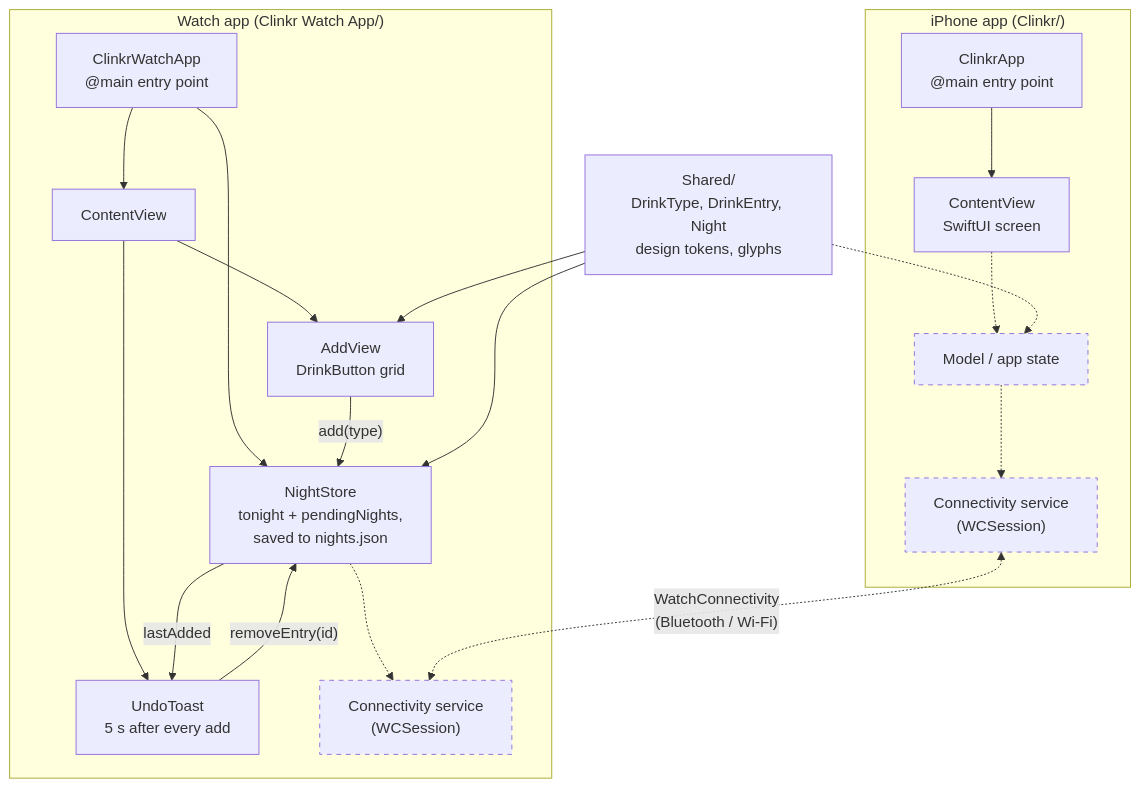
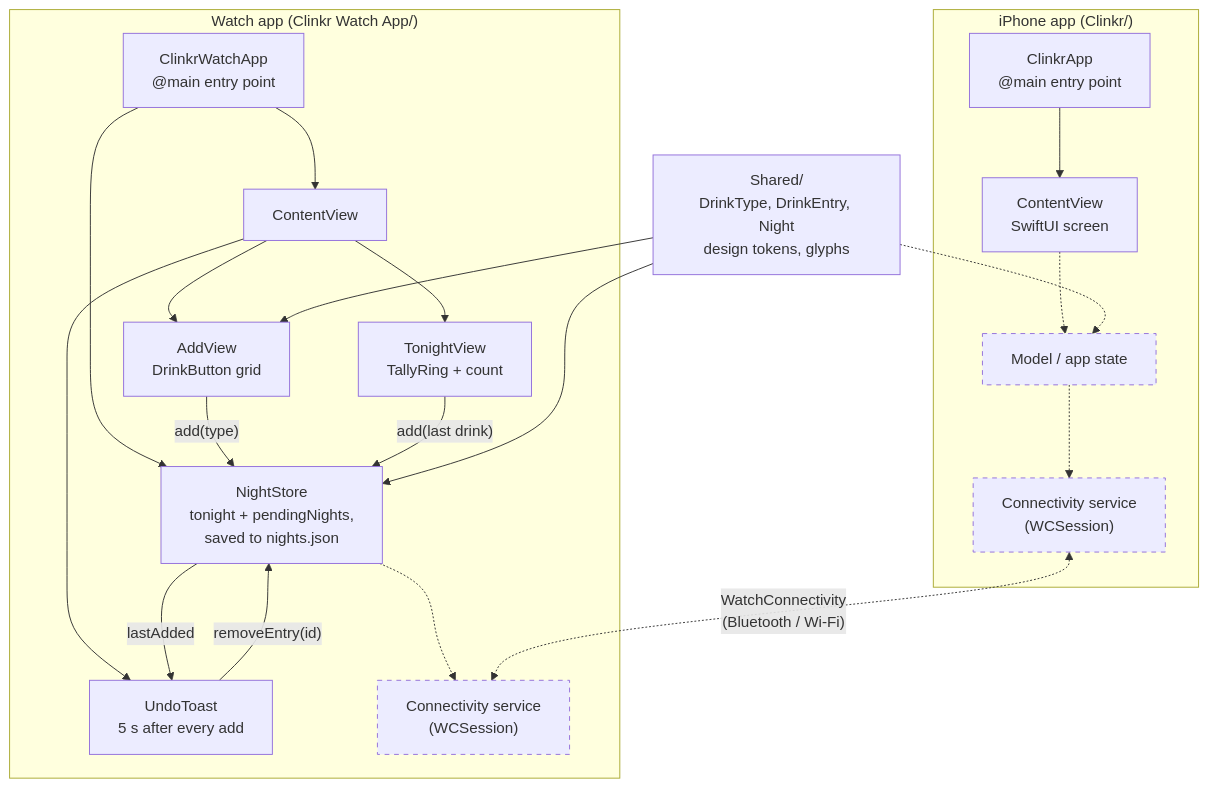
The second of 3 diagrams in docs/ARCHITECTURE.md (pablocolaiacovo/clink), drawn with Mermaid before and after one commit. The commit also changed other lines of this file and 10 other files, not shown here.

First line of the commit message:
Add the Watch Tonight screen with the tally ring (#67)

````diff
--- a/docs/ARCHITECTURE.md
+++ b/docs/ARCHITECTURE.md
@@ -34,32 +34,34 @@
 ```mermaid
 flowchart TB
     subgraph phone["iPhone app (Clinkr/)"]
         pApp["ClinkrApp<br/>@main entry point"] --> pView["ContentView<br/>SwiftUI screen"]
         pModel["Model / app state"]:::planned
         pSync["Connectivity service<br/>(WCSession)"]:::planned
         pView -.-> pModel
         pModel -.-> pSync
     end
 
     subgraph watch["Watch app (Clinkr Watch App/)"]
         wApp["ClinkrWatchApp<br/>@main entry point"] --> wView["ContentView"]
+        wView --> wTonight["TonightView<br/>TallyRing + count"]
         wView --> wAdd["AddView<br/>DrinkButton grid"]
         wView --> wToast["UndoToast<br/>5 s after every add"]
         wModel["NightStore<br/>tonight + pendingNights,<br/>saved to nights.json"]
         wSync["Connectivity service<br/>(WCSession)"]:::planned
         wApp --> wModel
         wAdd -- "add(type)" --> wModel
+        wTonight -- "add(last drink)" --> wModel
         wModel -- "lastAdded" --> wToast
         wToast -- "removeEntry(id)" --> wModel
         wModel -.-> wSync
     end
 
     shared["Shared/<br/>DrinkType, DrinkEntry, Night<br/>design tokens, glyphs"]
     shared -.-> pModel
     shared --> wModel
     shared --> wAdd
 
     pSync <-. "WatchConnectivity<br/>(Bluetooth / Wi-Fi)" .-> wSync
 
     classDef planned stroke-dasharray: 5 5
 ```
````
